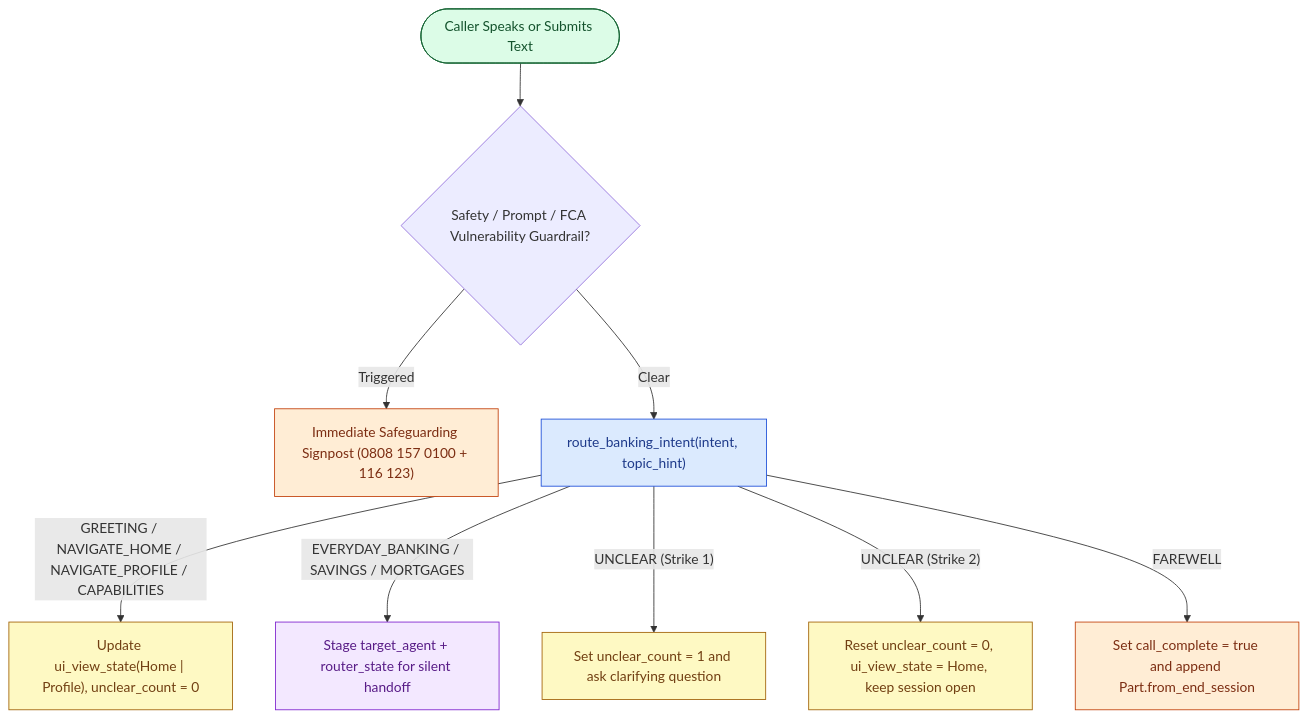
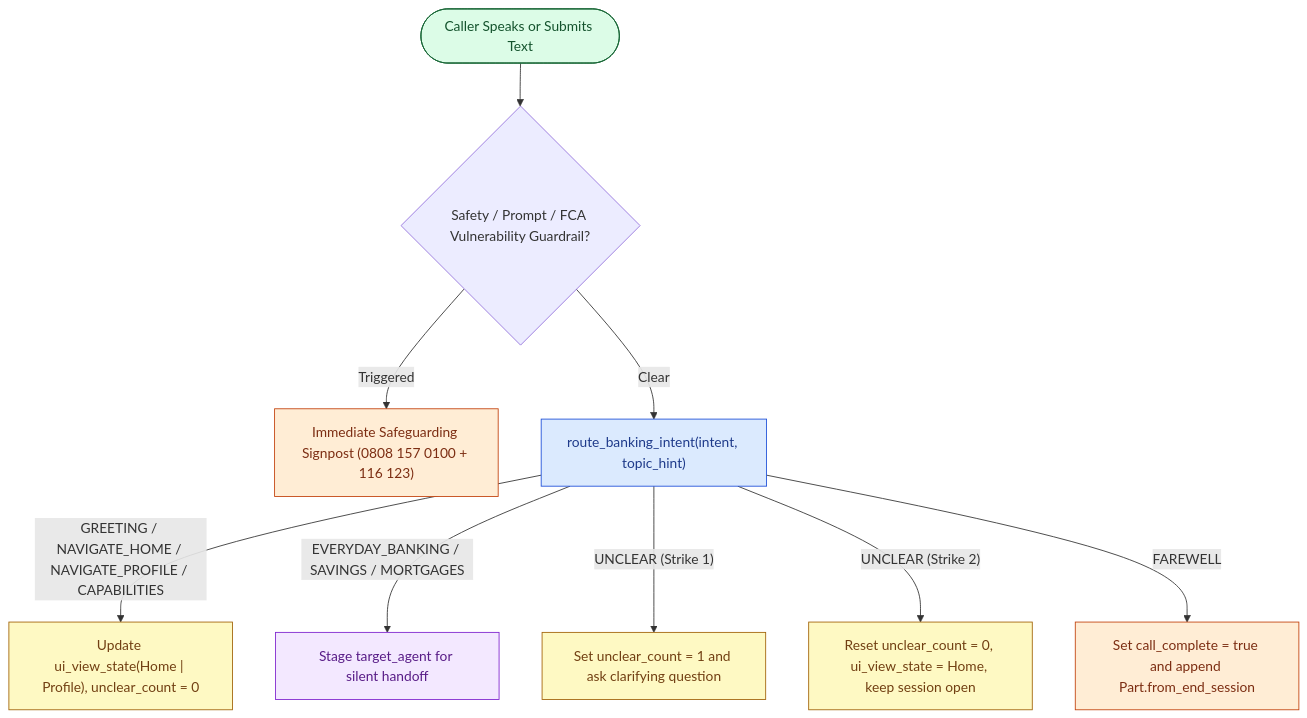
Before and after one commit to oliviervg1/gecx-bank-demo: the first of 4 diagrams in docs/architecture/banking_flows.md, drawn with Mermaid. The commit also changed other lines of this file and 19 other files, not shown here.

Commit message:
Harden CI privacy hygiene, standardize proxy port 8765, and sync architecture docs

````diff
--- a/docs/architecture/banking_flows.md
+++ b/docs/architecture/banking_flows.md
@@ -22,17 +22,17 @@
 ```mermaid
 flowchart TD
     classDef entry fill:#dcfce7,stroke:#166534,color:#14532d;
     classDef ctrl fill:#dbeafe,stroke:#1d4ed8,color:#1e3a8a;
     classDef state fill:#fef9c3,stroke:#a16207,color:#713f12;
     classDef route fill:#f3e8ff,stroke:#7e22ce,color:#581c87;
     classDef close fill:#ffedd5,stroke:#c2410c,color:#7c2d12;
 
     Start(["Caller Speaks or Submits Text"]):::entry --> Guard{"Safety / Prompt / FCA Vulnerability Guardrail?"}
     Guard -->|"Triggered"| Safe["Immediate Safeguarding Signpost (0808 157 0100 + 116 123)"]:::close
     Guard -->|"Clear"| Root["route_banking_intent(intent, topic_hint)"]:::ctrl
     Root -->|"GREETING / NAVIGATE_HOME / NAVIGATE_PROFILE / CAPABILITIES"| Local["Update ui_view_state(Home | Profile), unclear_count = 0"]:::state
-    Root -->|"EVERYDAY_BANKING / SAVINGS / MORTGAGES"| Stage["Stage target_agent + router_state for silent handoff"]:::route
+    Root -->|"EVERYDAY_BANKING / SAVINGS / MORTGAGES"| Stage["Stage target_agent for silent handoff"]:::route
     Root -->|"UNCLEAR (Strike 1)"| S1["Set unclear_count = 1 and ask clarifying question"]:::state
     Root -->|"UNCLEAR (Strike 2)"| S2["Reset unclear_count = 0, ui_view_state = Home, keep session open"]:::state
     Root -->|"FAREWELL"| End["Set call_complete = true and append Part.from_end_session"]:::close
 ```
````
